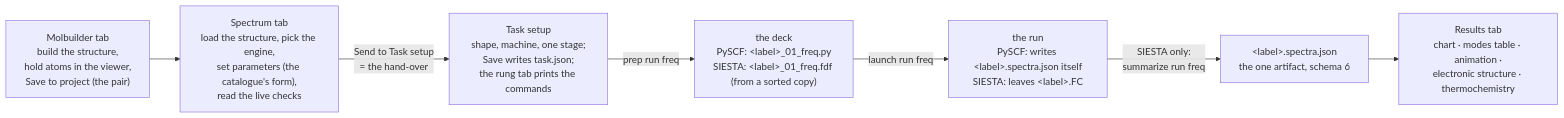
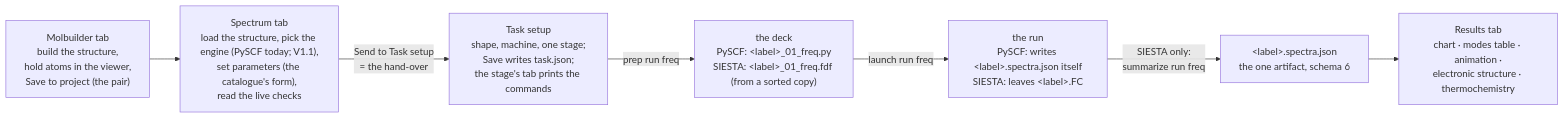
Before and after one commit to Qing-LAB/molbuilder: the first of 2 diagrams in docs/engines/vibration.md, drawn with Mermaid. The commit also changed other lines of this file and 8 other files, not shown here.

````diff
--- a/docs/engines/vibration.md
+++ b/docs/engines/vibration.md
@@ -156,9 +183,9 @@
 ```mermaid
 flowchart LR
-  M["Molbuilder tab<br/>build the structure,<br/>hold atoms in the viewer,<br/>Save to project (the pair)"] --> S["Spectrum tab<br/>load the structure, pick the engine,<br/>set parameters (the catalogue's form),<br/>read the live checks"]
-  S -->|"Send to Task setup<br/>= the hand-over"| T["Task setup<br/>shape, machine, one stage;<br/>Save writes task.json;<br/>the rung tab prints the commands"]
+  M["Molbuilder tab<br/>build the structure,<br/>hold atoms in the viewer,<br/>Save to project (the pair)"] --> S["Spectrum tab<br/>load the structure, pick the engine (PySCF today; V1.1),<br/>set parameters (the catalogue's form),<br/>read the live checks"]
+  S -->|"Send to Task setup<br/>= the hand-over"| T["Task setup<br/>shape, machine, one stage;<br/>Save writes task.json;<br/>the stage's tab prints the commands"]
   T -->|"prep run freq"| P["the deck<br/>PySCF: &lt;label&gt;_01_freq.py<br/>SIESTA: &lt;label&gt;_01_freq.fdf (from a sorted copy)"]
   P -->|"launch run freq"| R["the run<br/>PySCF: writes &lt;label&gt;.spectra.json itself<br/>SIESTA: leaves &lt;label&gt;.FC"]
   R -->|"SIESTA only:<br/>summarize run freq"| A["&lt;label&gt;.spectra.json<br/>the one artifact, schema 6"]
   A --> V["Results tab<br/>chart · modes table · animation ·<br/>electronic structure · thermochemistry"]
 ```
````
